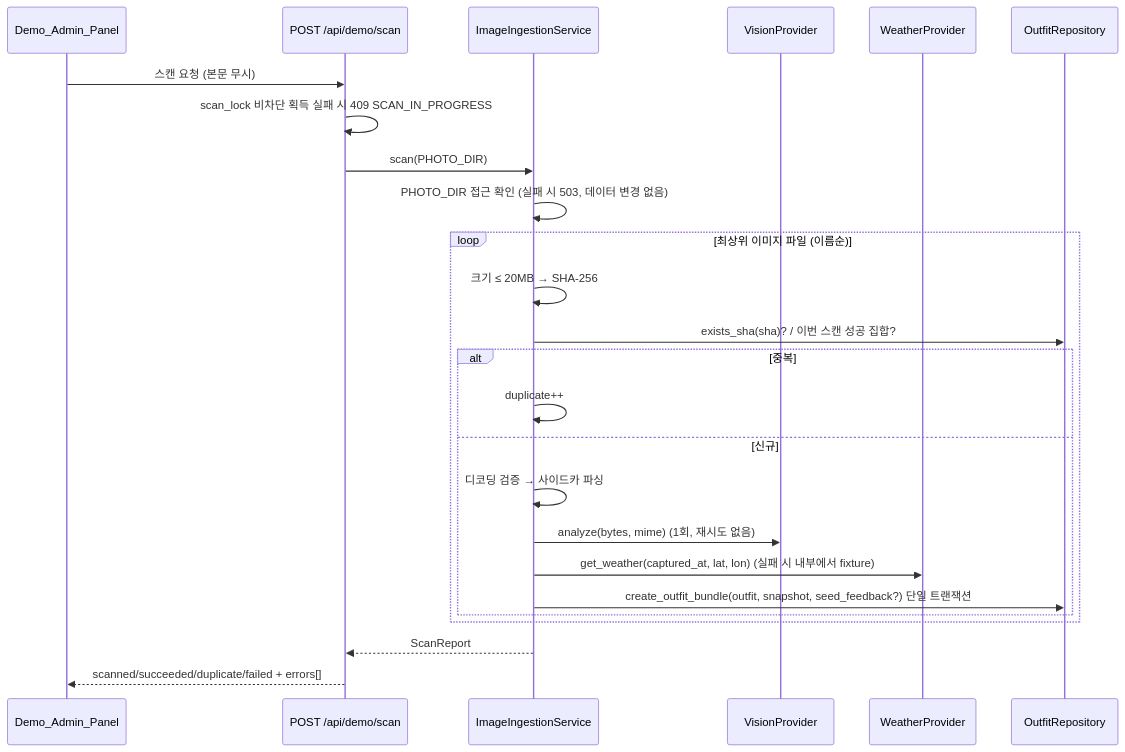
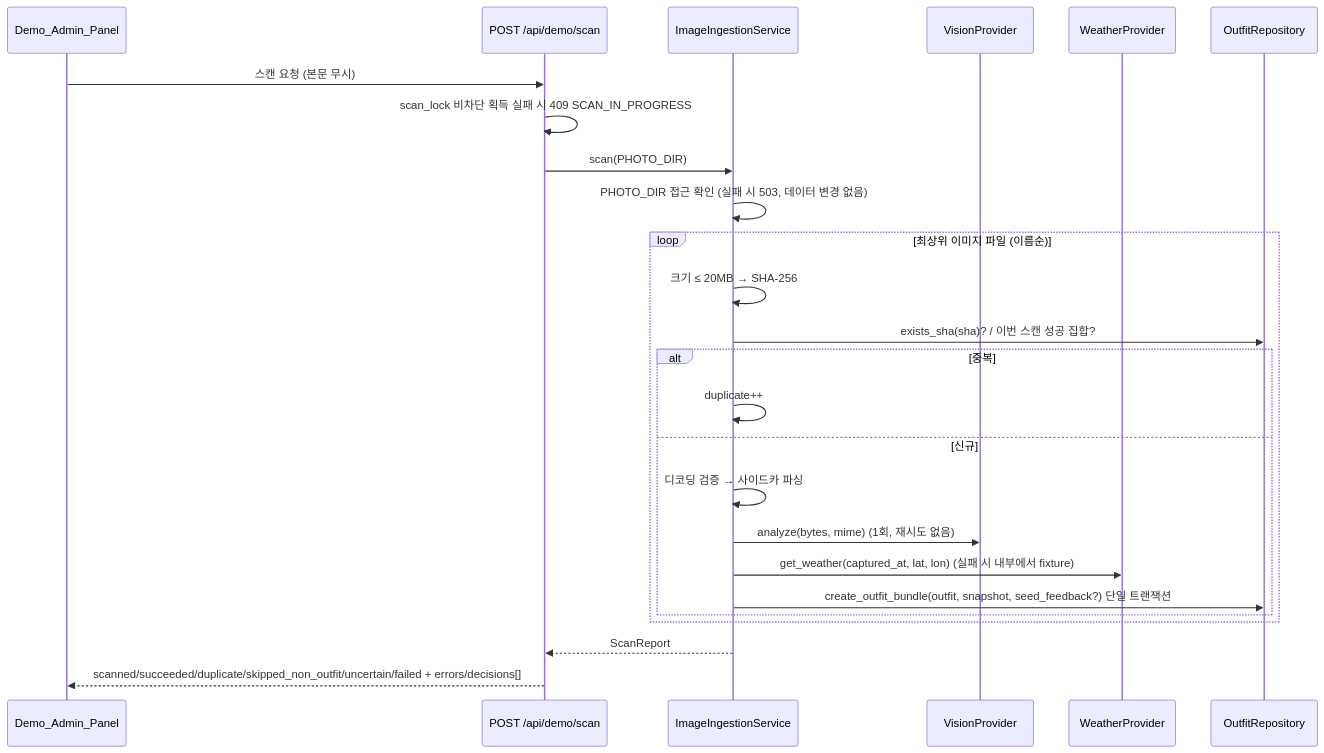
One commit to jgoneit/WeatherWear changed the second of 4 diagrams in .kiro/specs/weatherwear/design.md. Above: the diagram before and after it, drawn with Mermaid. The commit also changed other lines of this file and 29 other files, not shown here.

First line of the commit message:
feat: classify photos and skip non-outfit images during ingestion (#2)

````diff
--- a/.kiro/specs/weatherwear/design.md
+++ b/.kiro/specs/weatherwear/design.md
@@ -147,28 +147,28 @@
 ```mermaid
 sequenceDiagram
   participant Admin as Demo_Admin_Panel
   participant API as POST /api/demo/scan
   participant ING as ImageIngestionService
   participant V as VisionProvider
   participant W as WeatherProvider
   participant R as OutfitRepository
 
   Admin->>API: 스캔 요청 (본문 무시)
   API->>API: scan_lock 비차단 획득 실패 시 409 SCAN_IN_PROGRESS
   API->>ING: scan(PHOTO_DIR)
   ING->>ING: PHOTO_DIR 접근 확인 (실패 시 503, 데이터 변경 없음)
   loop 최상위 이미지 파일 (이름순)
     ING->>ING: 크기 ≤ 20MB → SHA-256
     ING->>R: exists_sha(sha)? / 이번 스캔 성공 집합?
     alt 중복
       ING->>ING: duplicate++
     else 신규
       ING->>ING: 디코딩 검증 → 사이드카 파싱
       ING->>V: analyze(bytes, mime) (1회, 재시도 없음)
       ING->>W: get_weather(captured_at, lat, lon) (실패 시 내부에서 fixture)
       ING->>R: create_outfit_bundle(outfit, snapshot, seed_feedback?) 단일 트랜잭션
     end
   end
   ING-->>API: ScanReport
-  API-->>Admin: scanned/succeeded/duplicate/failed + errors[]
+  API-->>Admin: scanned/succeeded/duplicate/skipped_non_outfit/uncertain/failed + errors/decisions[]
 ```
````
